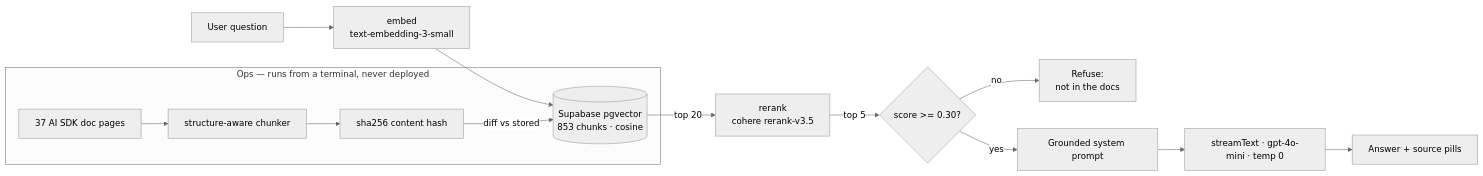
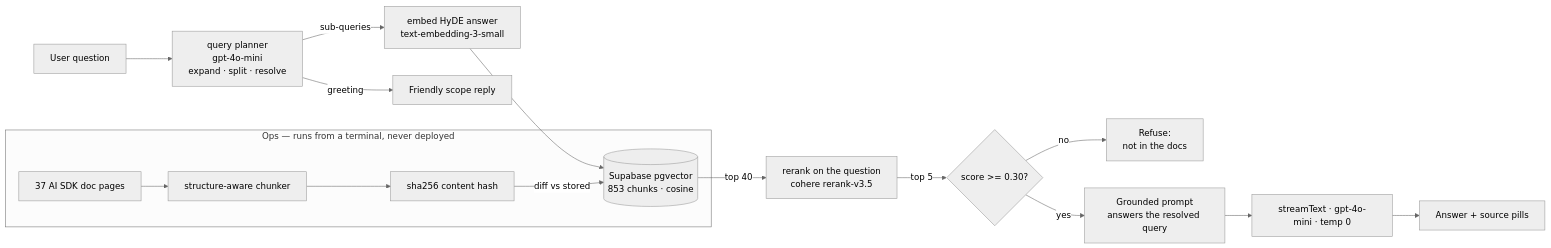
One commit to Alla-N/docs-copilot changed the diagram in README.md. Above: the diagram before and after it, drawn with Mermaid (neutral theme). The commit also changed other lines of this file and 1 other file, not shown here.

First line of the commit message:
docs: refresh README + planner spec to match shipped state

````diff
--- a/README.md
+++ b/README.md
@@ -33,17 +34,19 @@
 ```mermaid
 flowchart LR
-    Q[User question] --> E[embed<br/>text-embedding-3-small]
+    Q[User question] --> P[query planner<br/>gpt-4o-mini<br/>expand · split · resolve]
+    P -->|greeting| GR[Friendly scope reply]
+    P -->|sub-queries| E[embed HyDE answer<br/>text-embedding-3-small]
     E --> V[(Supabase pgvector<br/>853 chunks · cosine)]
-    V -->|top 20| R[rerank<br/>cohere rerank-v3.5]
+    V -->|top 40| R[rerank on the question<br/>cohere rerank-v3.5]
     R -->|top 5| T{score >= 0.30?}
     T -->|no| REF[Refuse:<br/>not in the docs]
-    T -->|yes| S[Grounded system prompt]
+    T -->|yes| S[Grounded prompt<br/>answers the resolved query]
     S --> G[streamText · gpt-4o-mini · temp 0]
     G --> UI[Answer + source pills]
 
     subgraph offline [Ops — runs from a terminal, never deployed]
         D[37 AI SDK doc pages] --> C[structure-aware chunker]
         C --> H[sha256 content hash]
         H -->|diff vs stored| V
     end
 ```
````
